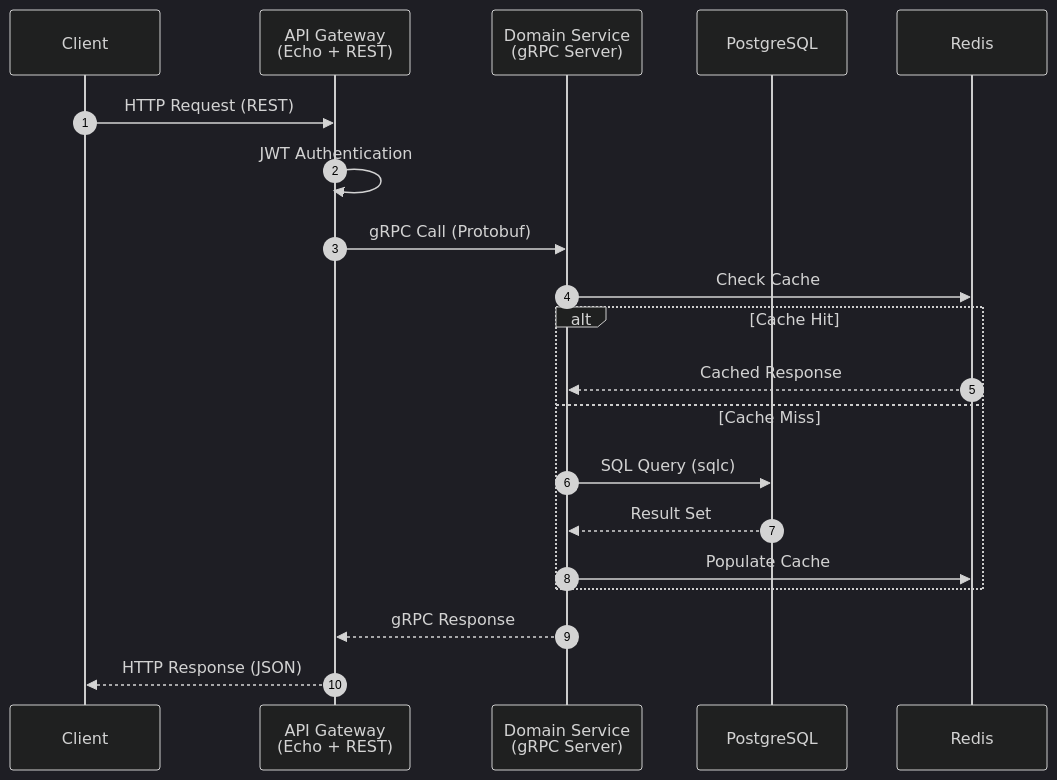
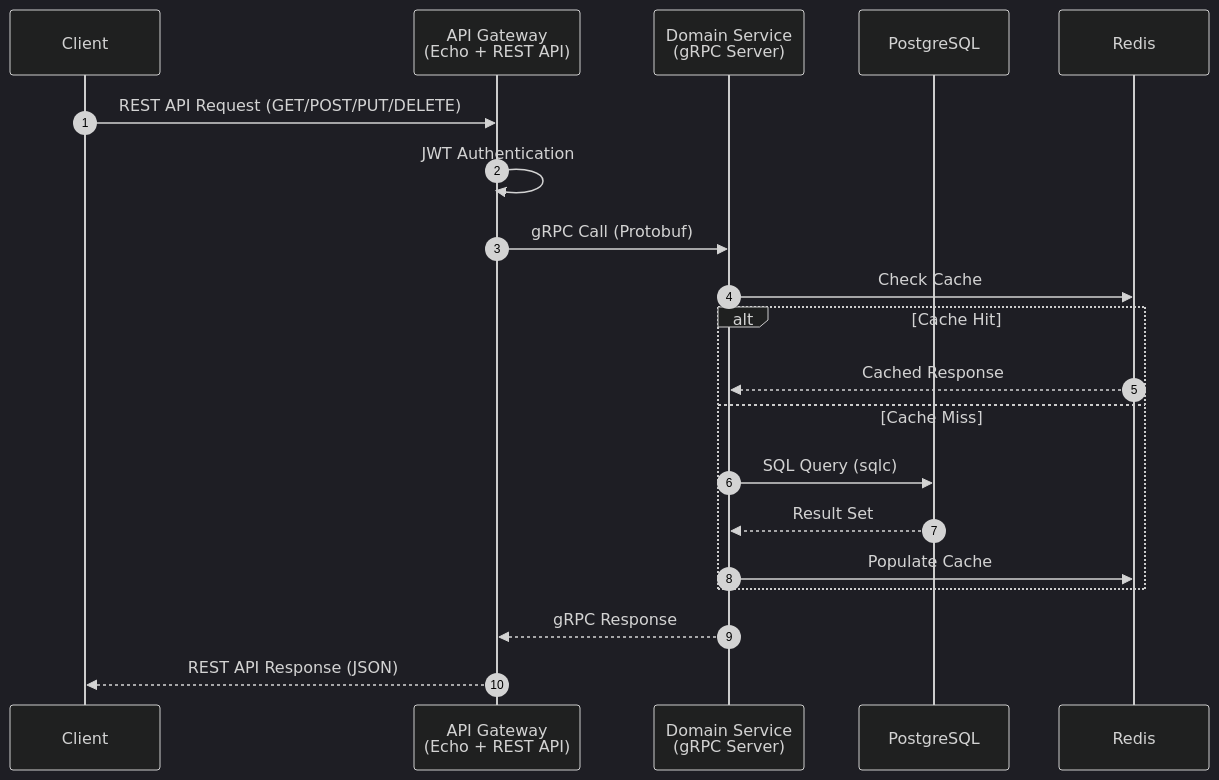
Before and after one commit to MamangRust/monolith-ecommerce-grpc: the fourth of 8 diagrams in README.md, drawn with Mermaid (dark theme). The commit also changed other lines of this file, not shown here.

Commit message:
docs: update API documentation, endpoints, and tooling references in README.md

````diff
--- a/README.md
+++ b/README.md
@@ -285,23 +285,23 @@
 ```mermaid
 sequenceDiagram
     autonumber
     participant C as Client
-    participant GW as API Gateway<br/>(Echo + REST)
+    participant GW as API Gateway<br/>(Echo + REST API)
     participant SVC as Domain Service<br/>(gRPC Server)
     participant DB as PostgreSQL
     participant CACHE as Redis
 
-    C->>GW: HTTP Request (REST)
+    C->>GW: REST API Request (GET/POST/PUT/DELETE)
     GW->>GW: JWT Authentication
     GW->>SVC: gRPC Call (Protobuf)
     SVC->>CACHE: Check Cache
     alt Cache Hit
         CACHE-->>SVC: Cached Response
     else Cache Miss
         SVC->>DB: SQL Query (sqlc)
         DB-->>SVC: Result Set
         SVC->>CACHE: Populate Cache
     end
     SVC-->>GW: gRPC Response
-    GW-->>C: HTTP Response (JSON)
+    GW-->>C: REST API Response (JSON)
 ```
````
